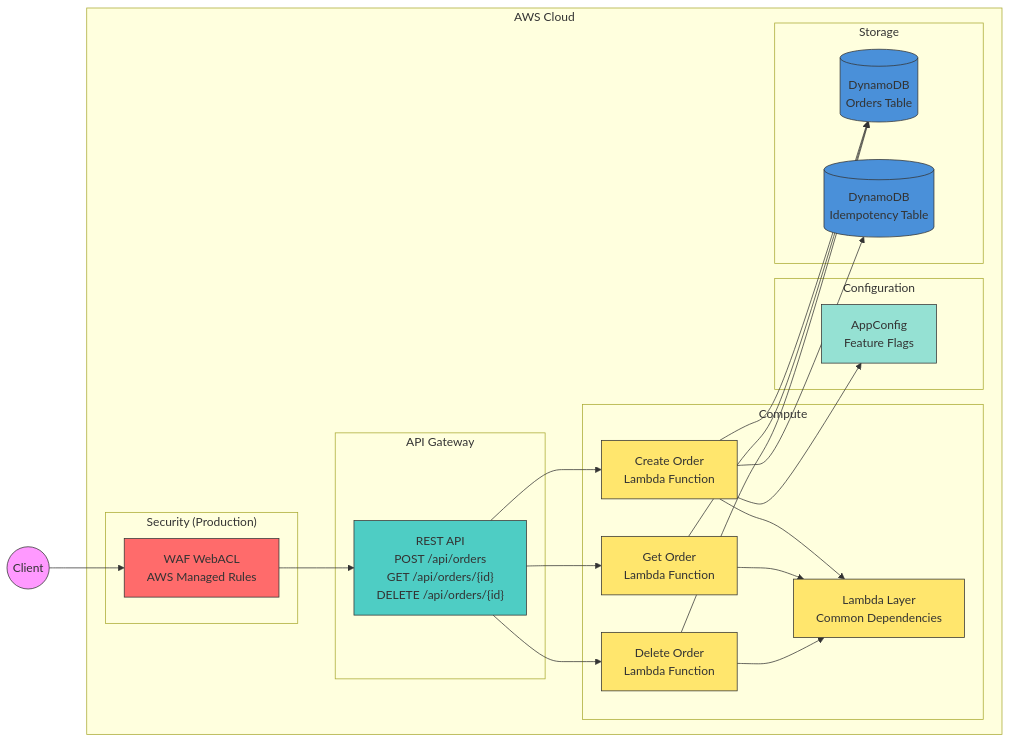
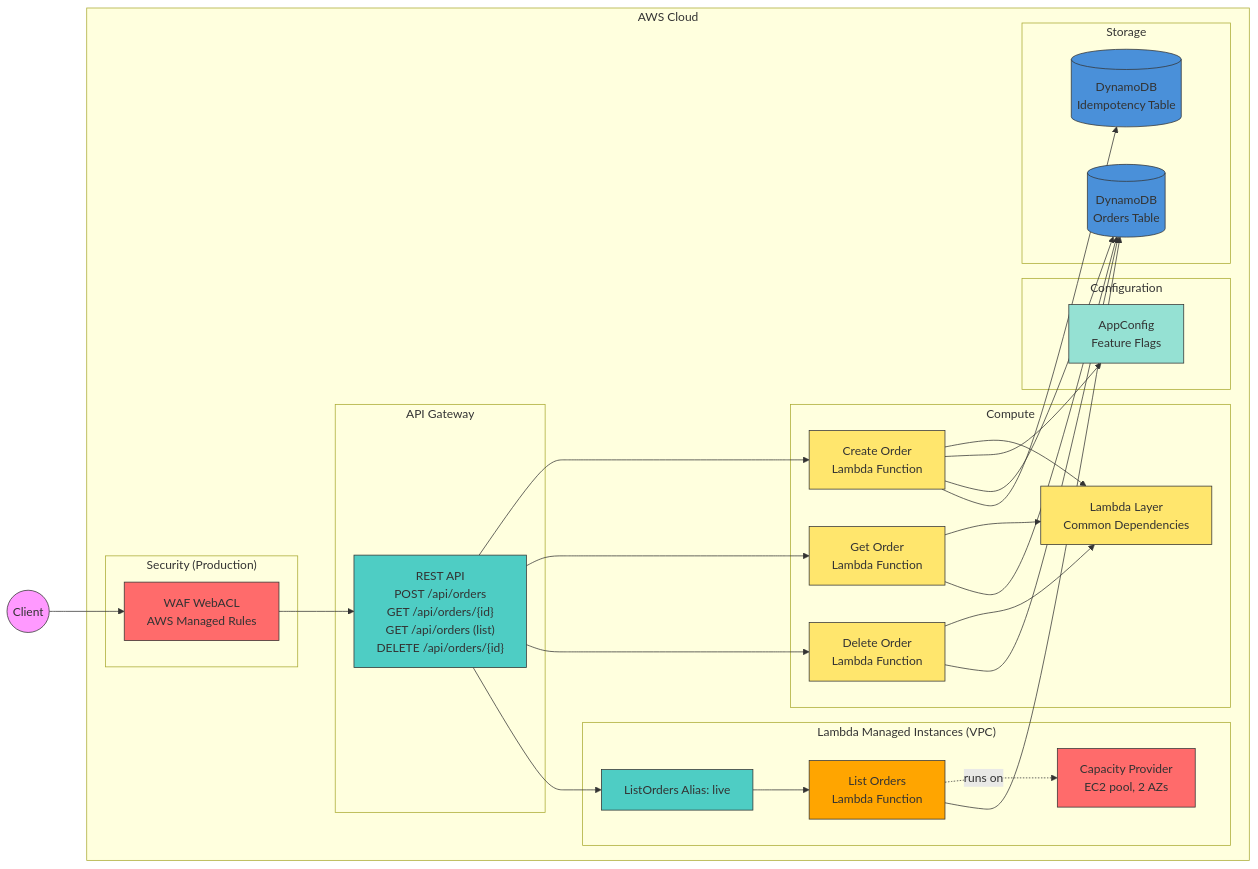
One commit to ran-isenberg/aws-lambda-handler-cookbook changed the first of 2 diagrams in README.md. Above: the diagram before and after it, drawn with Mermaid. The commit also changed other lines of this file and 42 other files, not shown here.

First line of the commit message:
feature: add LIST orders with Lambda managed instances examle (#1043)

````diff
--- a/README.md
+++ b/README.md
@@ -89,53 +90,66 @@
 ```mermaid
 flowchart LR
     subgraph AWS["AWS Cloud"]
         subgraph APIGW["API Gateway"]
-            REST["REST API<br/>POST /api/orders<br/>GET /api/orders/{id}<br/>DELETE /api/orders/{id}"]
+            REST["REST API<br/>POST /api/orders<br/>GET /api/orders/{id}<br/>GET /api/orders (list)<br/>DELETE /api/orders/{id}"]
         end
 
         subgraph Security["Security (Production)"]
             WAF["WAF WebACL<br/>AWS Managed Rules"]
         end
 
         subgraph Compute["Compute"]
             CREATE["Create Order<br/>Lambda Function"]
             GET["Get Order<br/>Lambda Function"]
             DELETE["Delete Order<br/>Lambda Function"]
             LAYER["Lambda Layer<br/>Common Dependencies"]
+        end
+
+        subgraph LMI["Lambda Managed Instances (VPC)"]
+            LIST_ALIAS["ListOrders Alias: live"]
+            LIST["List Orders<br/>Lambda Function"]
+            CP["Capacity Provider<br/>EC2 pool, 2 AZs"]
         end
 
         subgraph Config["Configuration"]
             APPCONFIG["AppConfig<br/>Feature Flags"]
         end
 
         subgraph Storage["Storage"]
             DDB[("DynamoDB<br/>Orders Table")]
             IDEMPOTENCY[("DynamoDB<br/>Idempotency Table")]
         end
     end
 
     CLIENT((Client)) --> WAF
     WAF --> REST
     REST --> CREATE
     REST --> GET
     REST --> DELETE
+    REST --> LIST_ALIAS
+    LIST_ALIAS --> LIST
+    LIST -.runs on.-> CP
     CREATE --> LAYER
     GET --> LAYER
     DELETE --> LAYER
     CREATE --> APPCONFIG
     CREATE --> DDB
     CREATE --> IDEMPOTENCY
     GET --> DDB
     DELETE --> DDB
+    LIST --> DDB
 
     style CLIENT fill:#f9f,stroke:#333
     style WAF fill:#ff6b6b,stroke:#333
     style REST fill:#4ecdc4,stroke:#333
     style CREATE fill:#ffe66d,stroke:#333
     style GET fill:#ffe66d,stroke:#333
     style DELETE fill:#ffe66d,stroke:#333
     style LAYER fill:#ffe66d,stroke:#333
+    style LIST fill:#ffa500,stroke:#333
+    style LIST_ALIAS fill:#4ecdc4,stroke:#333
+    style CP fill:#ff6b6b,stroke:#333
     style APPCONFIG fill:#95e1d3,stroke:#333
     style DDB fill:#4a90d9,stroke:#333
     style IDEMPOTENCY fill:#4a90d9,stroke:#333
 ```
````
